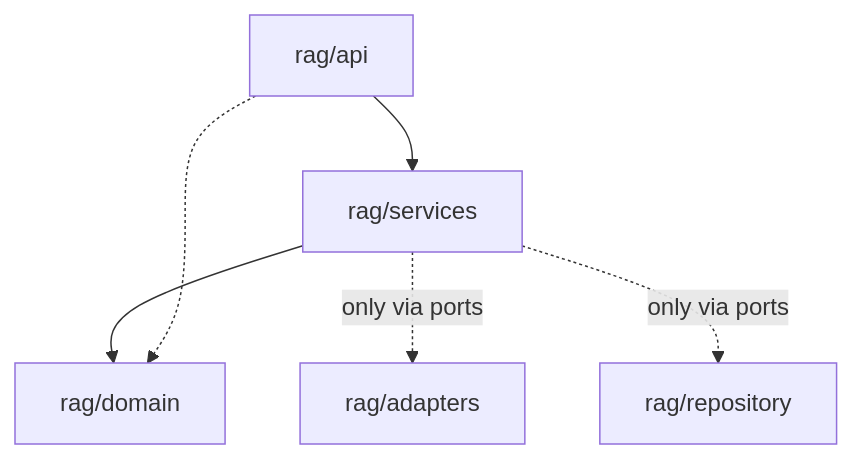
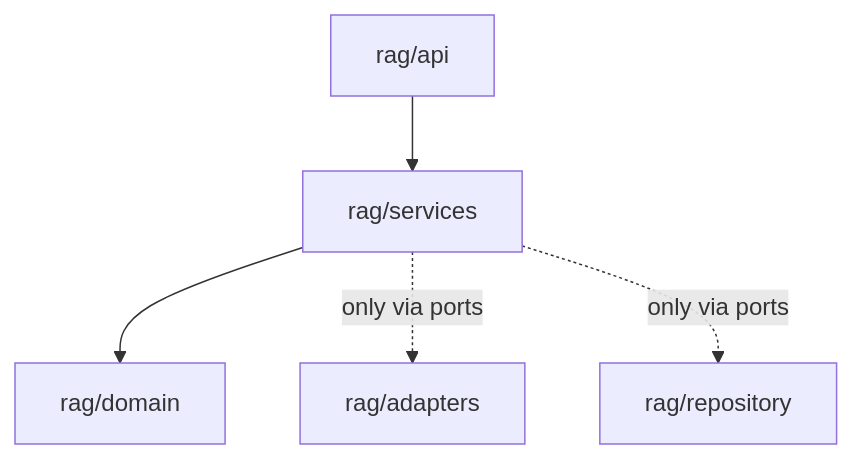
Before and after one commit to hadifar/rag: the second of 4 diagrams in docs/architecture.md, drawn with Mermaid. The commit also changed 5 other files, not shown here.

````diff
--- a/docs/architecture.md
+++ b/docs/architecture.md
@@ -47,14 +47,13 @@
 ```mermaid
 graph TD
     api[rag/api]
     services[rag/services]
     domain[rag/domain]
     adapters[rag/adapters]
     repository[rag/repository]
 
     api --> services
     services --> domain
-    api -.-> domain
     services -.->|only via ports| adapters
     services -.->|only via ports| repository
 ```
````
